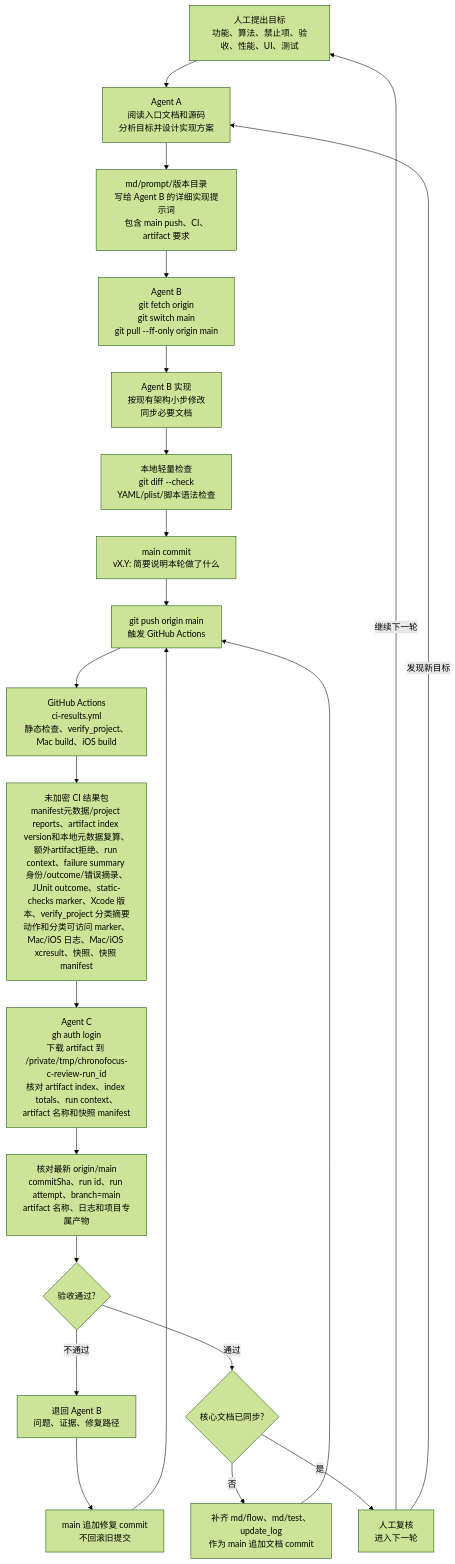
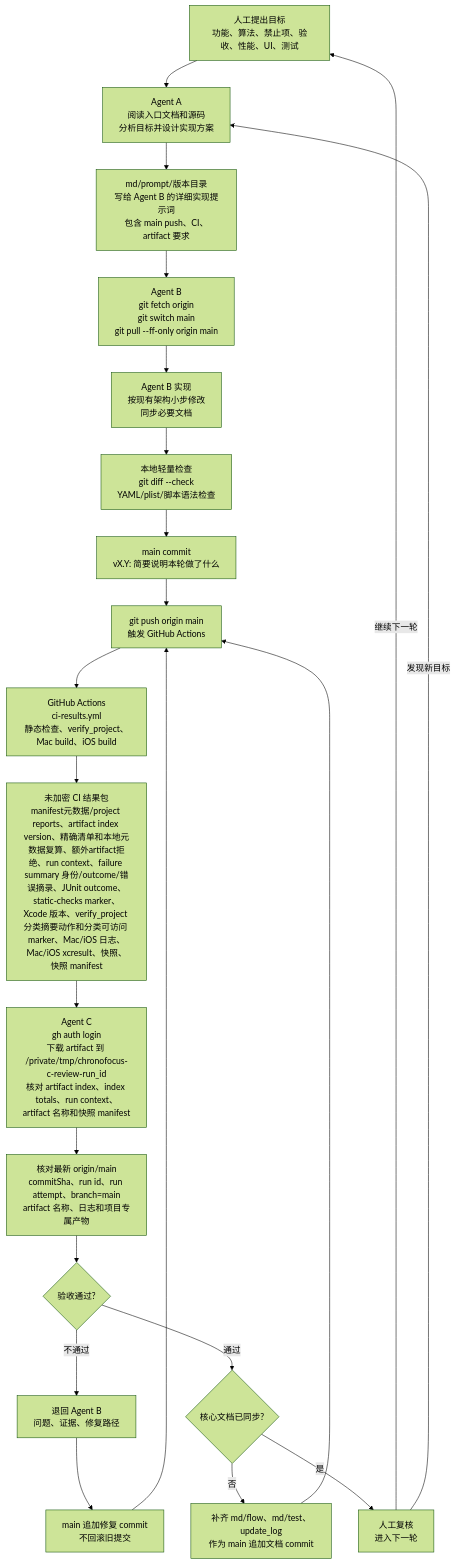
Before and after one commit to Altman-sam114/114: the fifth of 6 diagrams in md/flow/flowchart.md, drawn with Mermaid (forest theme). The commit also changed other lines of this file and 7 other files, not shown here.

````diff
--- a/md/flow/flowchart.md
+++ b/md/flow/flowchart.md
@@ -102,24 +102,24 @@
 ```mermaid
 flowchart TD
   H["人工提出目标<br/>功能、算法、禁止项、验收、性能、UI、测试"] --> A["Agent A<br/>阅读入口文档和源码<br/>分析目标并设计实现方案"]
   A --> P["md/prompt/版本目录<br/>写给 Agent B 的详细实现提示词<br/>包含 main push、CI、artifact 要求"]
   P --> B0["Agent B<br/>git fetch origin<br/>git switch main<br/>git pull --ff-only origin main"]
   B0 --> B1["Agent B 实现<br/>按现有架构小步修改<br/>同步必要文档"]
   B1 --> L["本地轻量检查<br/>git diff --check<br/>YAML/plist/脚本语法检查"]
   L --> G["main commit<br/>vX.Y: 简要说明本轮做了什么"]
   G --> PUSH["git push origin main<br/>触发 GitHub Actions"]
   PUSH --> CI["GitHub Actions<br/>ci-results.yml<br/>静态检查、verify_project、Mac build、iOS build"]
-  CI --> ART["未加密 CI 结果包<br/>manifest元数据/project reports、artifact index version和本地元数据复算、额外artifact拒绝、run context、failure summary 身份/outcome/错误摘录、JUnit outcome、static-checks marker、Xcode 版本、verify_project 分类摘要动作和分类可访问 marker、Mac/iOS 日志、Mac/iOS xcresult、快照、快照 manifest"]
+  CI --> ART["未加密 CI 结果包<br/>manifest元数据/project reports、artifact index version、精确清单和本地元数据复算、额外artifact拒绝、run context、failure summary 身份/outcome/错误摘录、JUnit outcome、static-checks marker、Xcode 版本、verify_project 分类摘要动作和分类可访问 marker、Mac/iOS 日志、Mac/iOS xcresult、快照、快照 manifest"]
   ART --> C["Agent C<br/>gh auth login<br/>下载 artifact 到 /private/tmp/chronofocus-c-review-run_id<br/>核对 artifact index、index totals、run context、artifact 名称和快照 manifest"]
   C --> V["核对最新 origin/main<br/>commitSha、run id、run attempt、branch=main<br/>artifact 名称、日志和项目专属产物"]
   V --> PASS{"验收通过?"}
   PASS -->|不通过| BACK["退回 Agent B<br/>问题、证据、修复路径"]
   BACK --> FIX["main 追加修复 commit<br/>不回滚旧提交"]
   FIX --> PUSH
   PASS -->|通过| DOC{"核心文档已同步?"}
   DOC -->|否| D["补齐 md/flow、md/test、update_log<br/>作为 main 追加文档 commit"]
   D --> PUSH
   DOC -->|是| J["人工复核<br/>进入下一轮"]
   J -->|继续下一轮| H
   J -->|发现新目标| A
 ```
````
